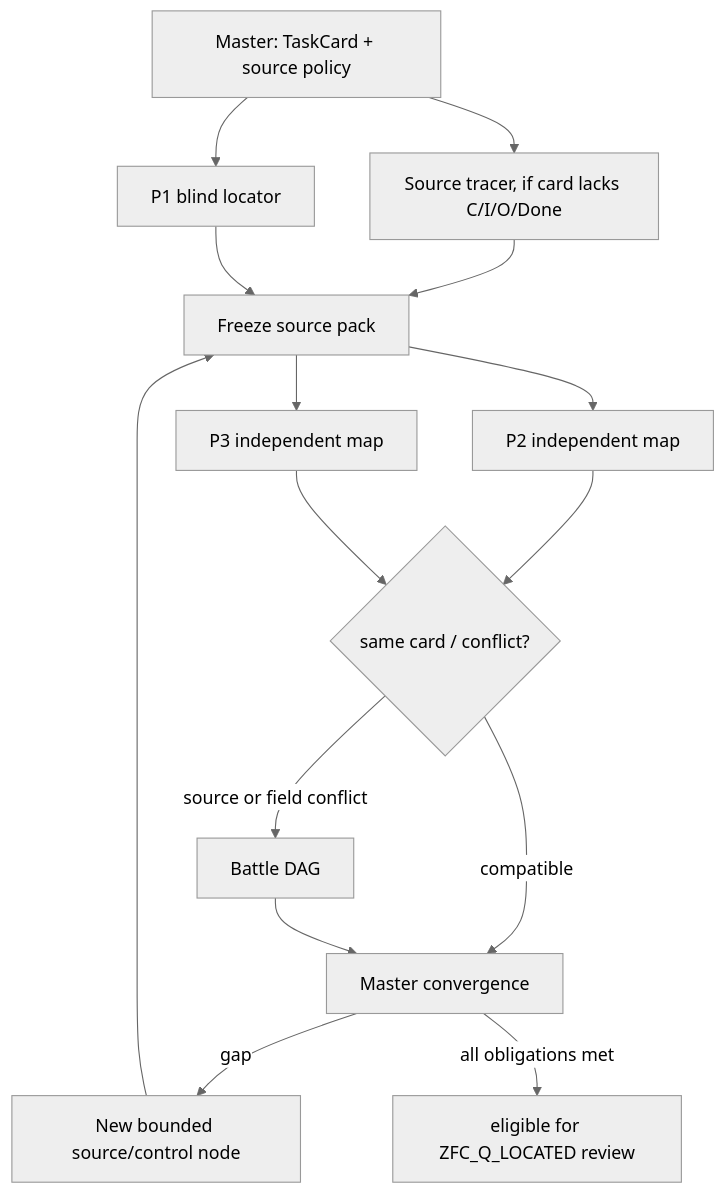
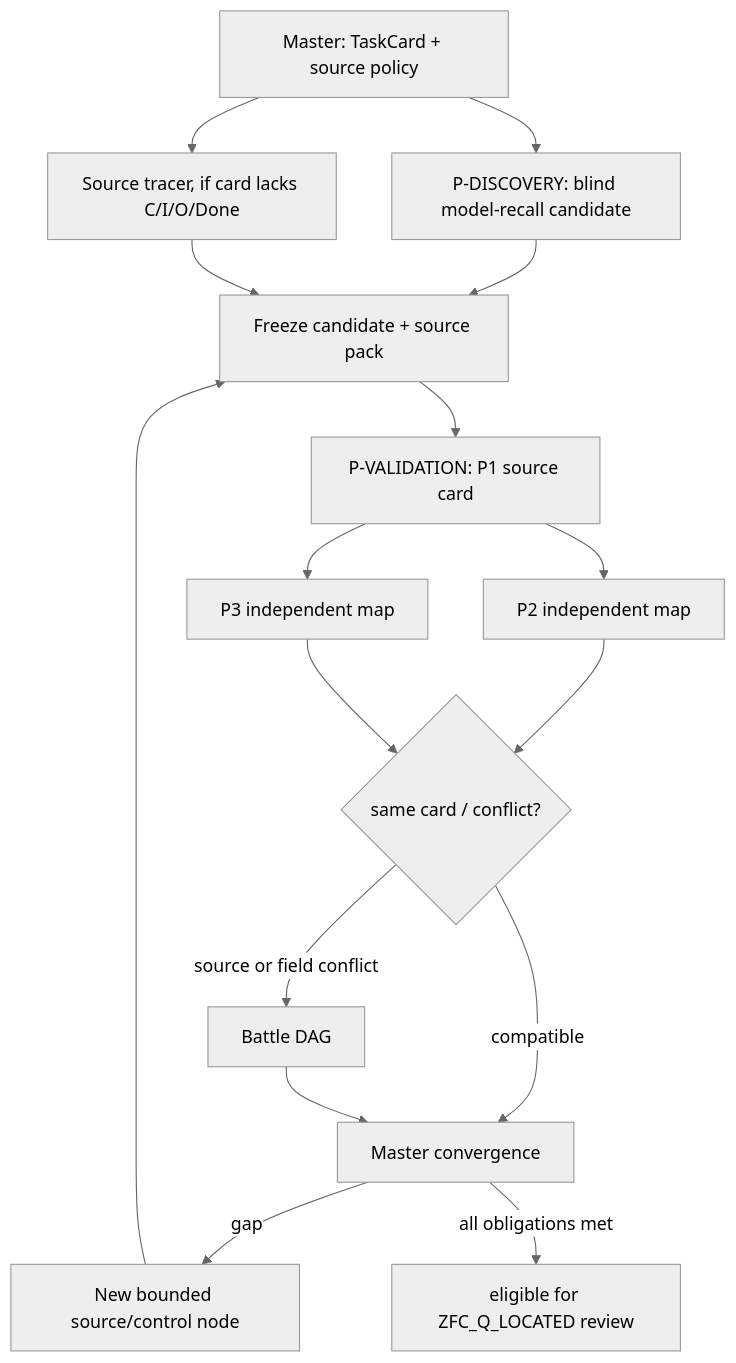
Before and after one commit to math-fournity/HoTT-Paradoxy: the diagram in dev-docs/模式P动态DAG调度/002 - 动态展开、访问等级与冻结接力.md, drawn with Mermaid (neutral theme). The commit also changed other lines of this file and 14 other files, not shown here.

Commit message:
research: split Pattern P discovery from validation

````diff
--- a/dev-docs/模式P动态DAG调度/002 - 动态展开、访问等级与冻结接力.md
+++ b/dev-docs/模式P动态DAG调度/002 - 动态展开、访问等级与冻结接力.md
@@ -11,17 +11,18 @@
 ```mermaid
 flowchart TD
-  M0[Master: TaskCard + source policy] --> S[Source tracer, if card lacks C/I/O/Done]
-  M0 --> P1[P1 blind locator]
-  S --> F[Freeze source pack]
-  P1 --> F
-  F --> P2[P2 independent map]
-  F --> P3[P3 independent map]
+  M0[Master: TaskCard + source policy] --> D[P-DISCOVERY: blind model-recall candidate]
+  M0 --> S[Source tracer, if card lacks C/I/O/Done]
+  D --> F[Freeze candidate + source pack]
+  S --> F
+  F --> V[P-VALIDATION: P1 source card]
+  V --> P2[P2 independent map]
+  V --> P3[P3 independent map]
   P2 --> X{same card / conflict?}
   P3 --> X
   X -->|compatible| M1[Master convergence]
   X -->|source or field conflict| B[Battle DAG]
   B --> M1
   M1 -->|gap| N[New bounded source/control node]
   N --> F
   M1 -->|all obligations met| Q[eligible for ZFC_Q_LOCATED review]
 ```
````
